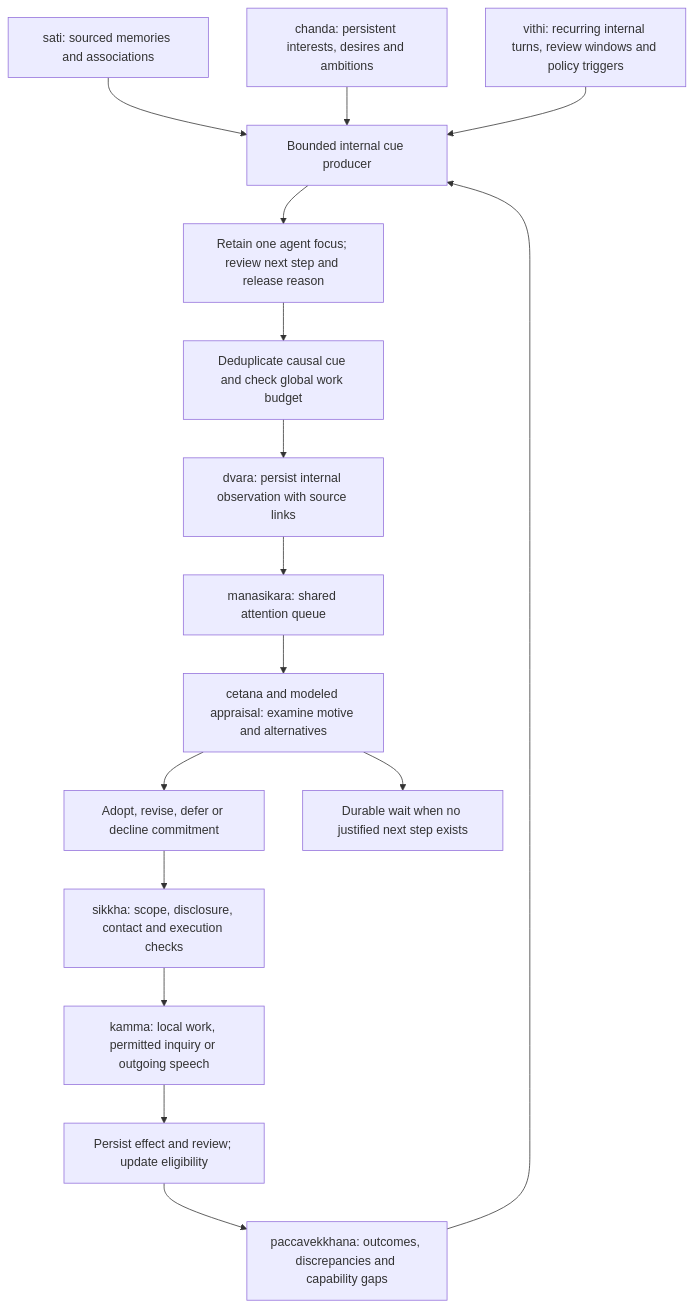
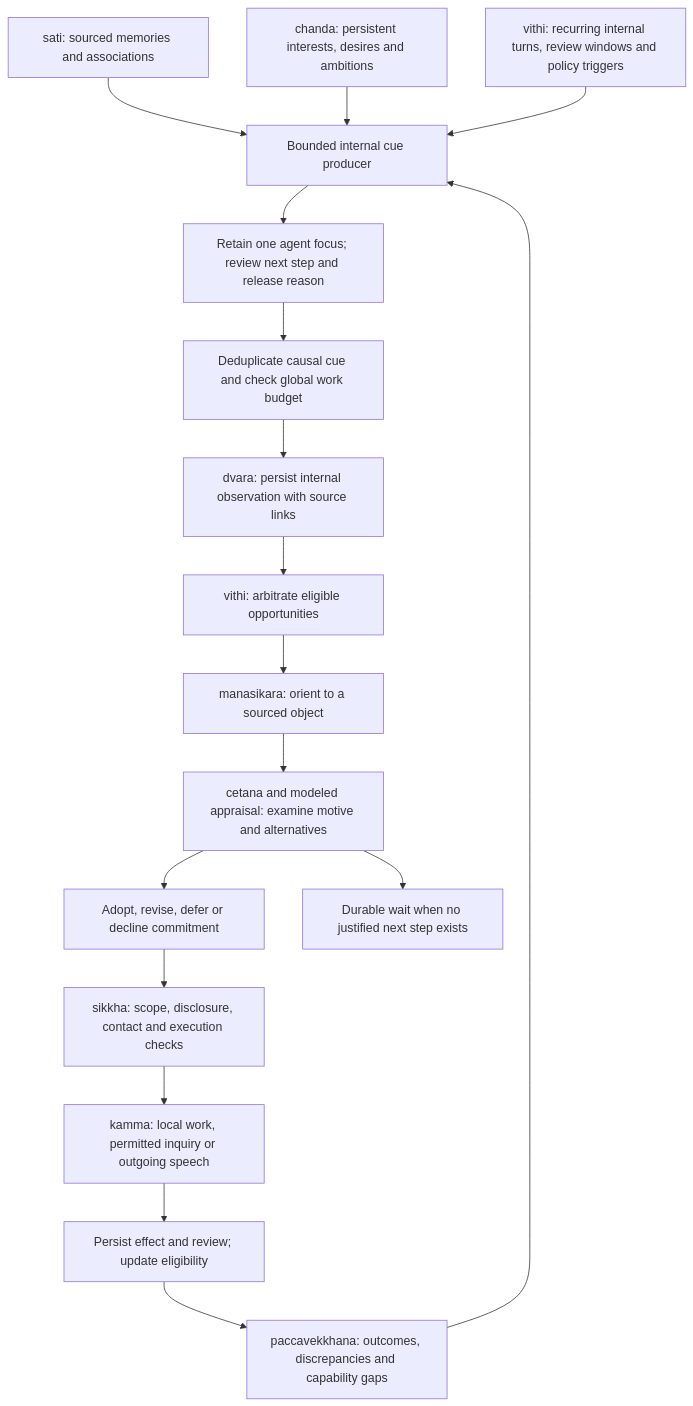
The eighth of 10 diagrams in doc/design/architecture.md (kme-solution/citta), drawn with Mermaid before and after one commit. The commit also changed other lines of this file and 20 other files, not shown here.

````diff
--- a/doc/design/architecture.md
+++ b/doc/design/architecture.md
@@ -191,18 +192,19 @@
 ```mermaid
 flowchart TD
     memories["sati: sourced memories and associations"] --> cues["Bounded internal cue producer"]
     aspirations["chanda: persistent interests, desires and ambitions"] --> cues
     outcomes["paccavekkhana: outcomes, discrepancies and capability gaps"] --> cues
     clock["vithi: recurring internal turns, review windows and policy triggers"] --> cues
     cues --> focus["Retain one agent focus; review next step and release reason"]
     focus --> dedup["Deduplicate causal cue and check global work budget"]
     dedup --> queue["dvara: persist internal observation with source links"]
-    queue --> attention["manasikara: shared attention queue"]
+    queue --> arbitration["vithi: arbitrate eligible opportunities"]
+    arbitration --> attention["manasikara: orient to a sourced object"]
     attention --> consideration["cetana and modeled appraisal: examine motive and alternatives"]
     consideration --> goal["Adopt, revise, defer or decline commitment"]
     goal --> checks["sikkha: scope, disclosure, contact and execution checks"]
     checks --> ability["kamma: local work, permitted inquiry or outgoing speech"]
     ability --> result["Persist effect and review; update eligibility"]
     result --> outcomes
     consideration --> quiet["Durable wait when no justified next step exists"]
 ```
````
